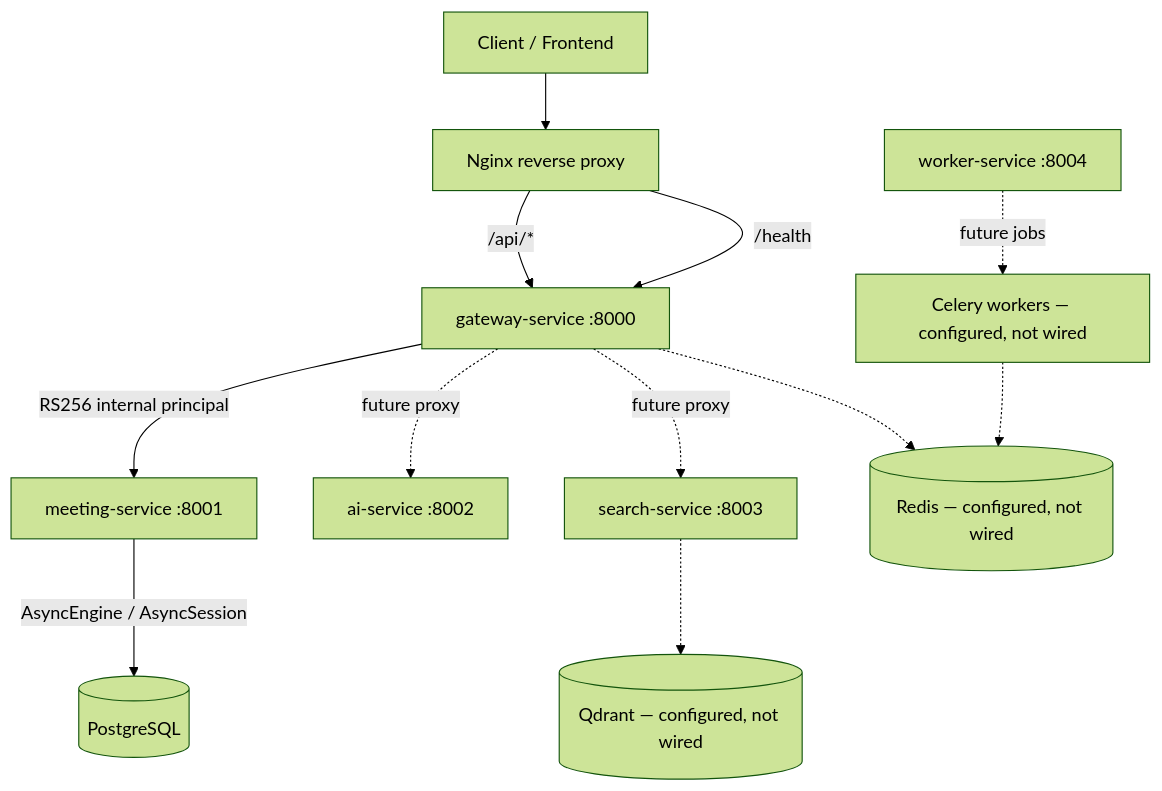
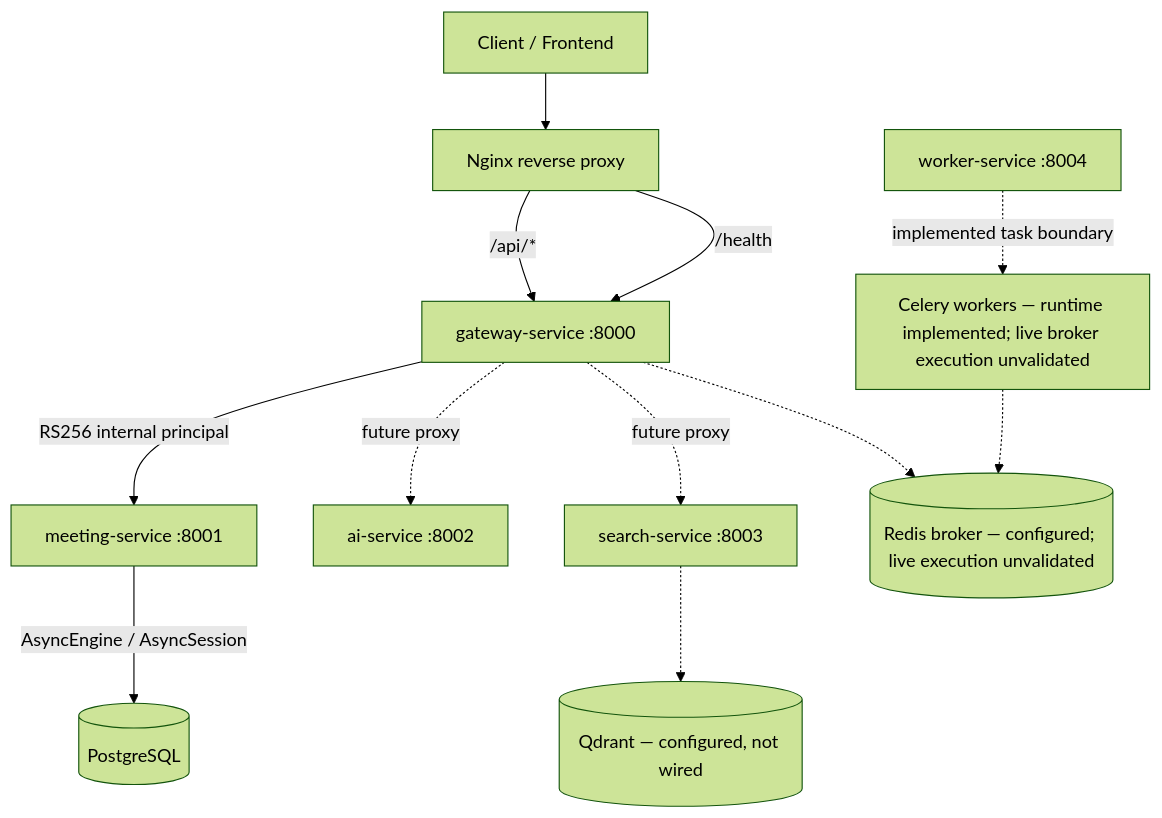
One commit to MeghnaTomar17/meeting-summarizer-follow-up-ai-agent changed the diagram in docs/architecture/project-foundation.md. Above: the diagram before and after it, drawn with Mermaid (forest theme). The commit also changed other lines of this file and 21 other files, not shown here.

Commit message:
feat: complete redis celery job processing

````diff
--- a/docs/architecture/project-foundation.md
+++ b/docs/architecture/project-foundation.md
@@ -55,29 +62,29 @@
 ```mermaid
 flowchart TB
     Client[Client / Frontend]
     Nginx[Nginx reverse proxy]
     Gateway[gateway-service :8000]
     Meeting[meeting-service :8001]
     AI[ai-service :8002]
     Search[search-service :8003]
     Worker[worker-service :8004]
 
     PG[(PostgreSQL)]
-    Redis[(Redis — configured, not wired)]
+    Redis[(Redis broker — configured; live execution unvalidated)]
     Qdrant[(Qdrant — configured, not wired)]
-    Celery[Celery workers — configured, not wired]
+    Celery[Celery workers — runtime implemented; live broker execution unvalidated]
 
     Client --> Nginx
     Nginx -->|"/api/*"| Gateway
     Nginx -->|"/health"| Gateway
 
     Gateway -->|RS256 internal principal| Meeting
     Gateway -.->|future proxy| AI
     Gateway -.->|future proxy| Search
 
     Meeting -->|AsyncEngine / AsyncSession| PG
-    Worker -.->|future jobs| Celery
+    Worker -.->|implemented task boundary| Celery
     Celery -.-> Redis
     Search -.-> Qdrant
     Gateway -.-> Redis
 ```
````
